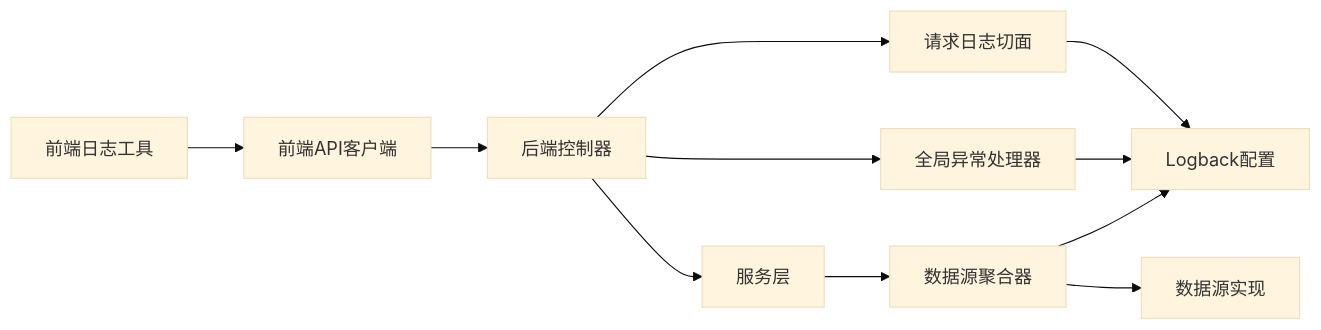
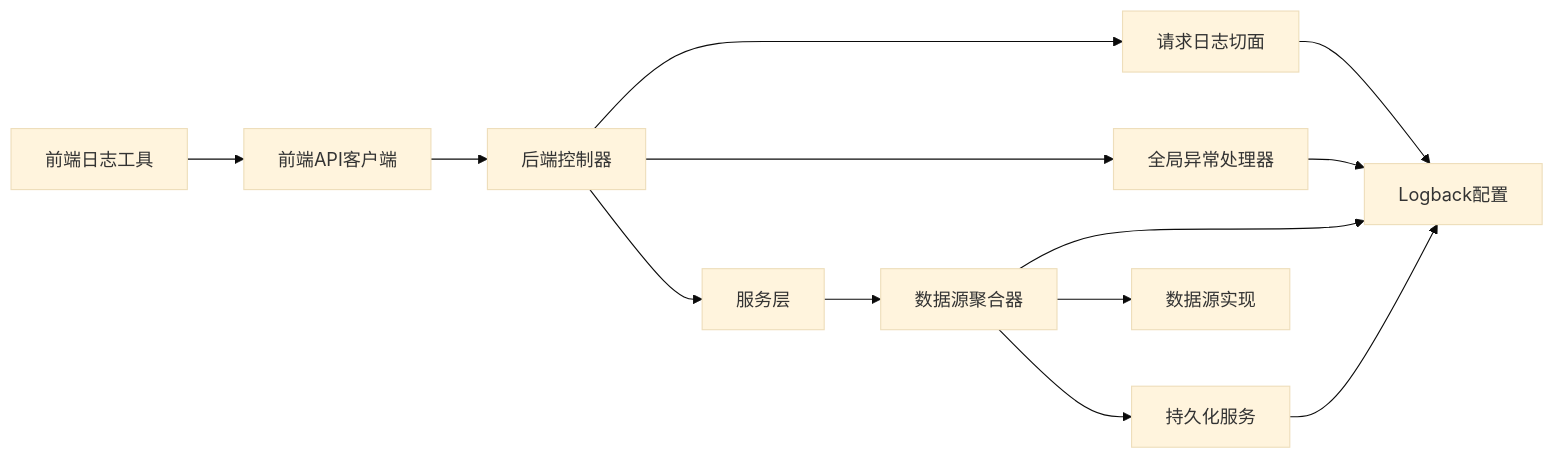
Before and after one commit to gree-coder/fund-butler: diagram 11 of 11 in .qoder/repowiki/zh/content/核心功能开发/日志系统实现.md, drawn with Mermaid (base theme). The commit also changed other lines of this file and 7 other files, not shown here.

````diff
--- a/.qoder/repowiki/zh/content/核心功能开发/日志系统实现.md
+++ b/.qoder/repowiki/zh/content/核心功能开发/日志系统实现.md
@@ -334,13 +415,15 @@
 ```mermaid
 graph LR
 FE_LOGGER["前端日志工具"] --> FE_API["前端API客户端"]
 FE_API --> CTRL["后端控制器"]
 CTRL --> AOP["请求日志切面"]
 CTRL --> EX["全局异常处理器"]
 CTRL --> SVC["服务层"]
 SVC --> DS["数据源聚合器"]
+DS --> PERSIST["持久化服务"]
 DS --> SRC["数据源实现"]
 AOP --> LOG["Logback配置"]
 EX --> LOG
 DS --> LOG
+PERSIST --> LOG
 ```
````
